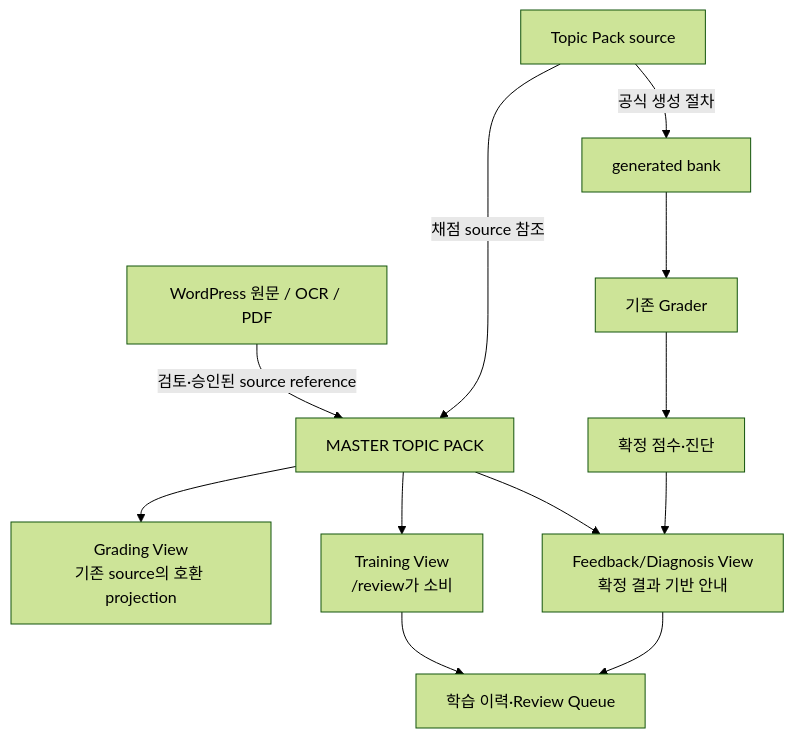
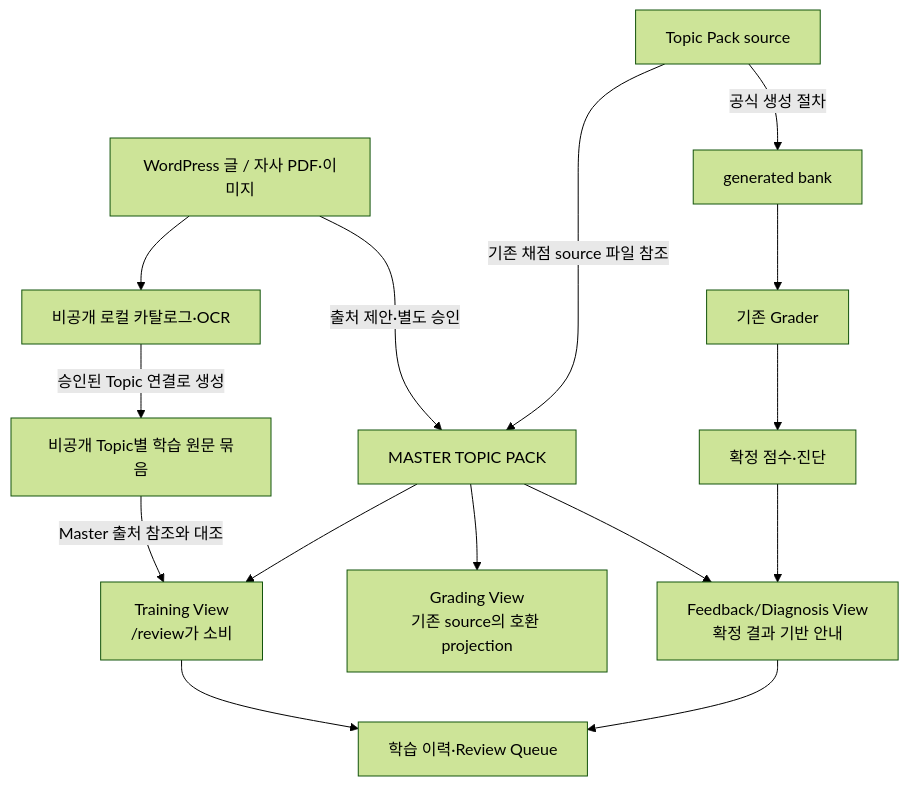
Before and after one commit to now0930/prof_eng_answer: the diagram in README.md, drawn with Mermaid (forest theme). The commit also changed other lines of this file, not shown here.

Commit message:
docs: clarify WordPress topic pack relationship

````diff
--- a/README.md
+++ b/README.md
@@ -24,14 +24,17 @@
 ```mermaid
 graph TD
-    WP[WordPress 원문 / OCR / PDF] -->|검토·승인된 source reference| M[MASTER TOPIC PACK]
+    WP[WordPress 글 / 자사 PDF·이미지] --> WC[비공개 로컬 카탈로그·OCR]
+    WC -->|승인된 Topic 연결로 생성| WTP[비공개 Topic별 학습 원문 묶음]
+    WTP -->|Master 출처 참조와 대조| TV[Training View<br/>/review가 소비]
+    WP -->|출처 제안·별도 승인| M[MASTER TOPIC PACK]
     TP[Topic Pack source] -->|공식 생성 절차| GB[generated bank]
     GB --> G[기존 Grader]
     G --> R[확정 점수·진단]
-    TP -->|채점 source 참조| M
+    TP -->|기존 채점 source 파일 참조| M
     M --> GV[Grading View<br/>기존 source의 호환 projection]
-    M --> TV[Training View<br/>/review가 소비]
+    M --> TV
     M --> FV[Feedback/Diagnosis View<br/>확정 결과 기반 안내]
     R --> FV
     TV --> H[학습 이력·Review Queue]
     FV --> H
 ```
````
